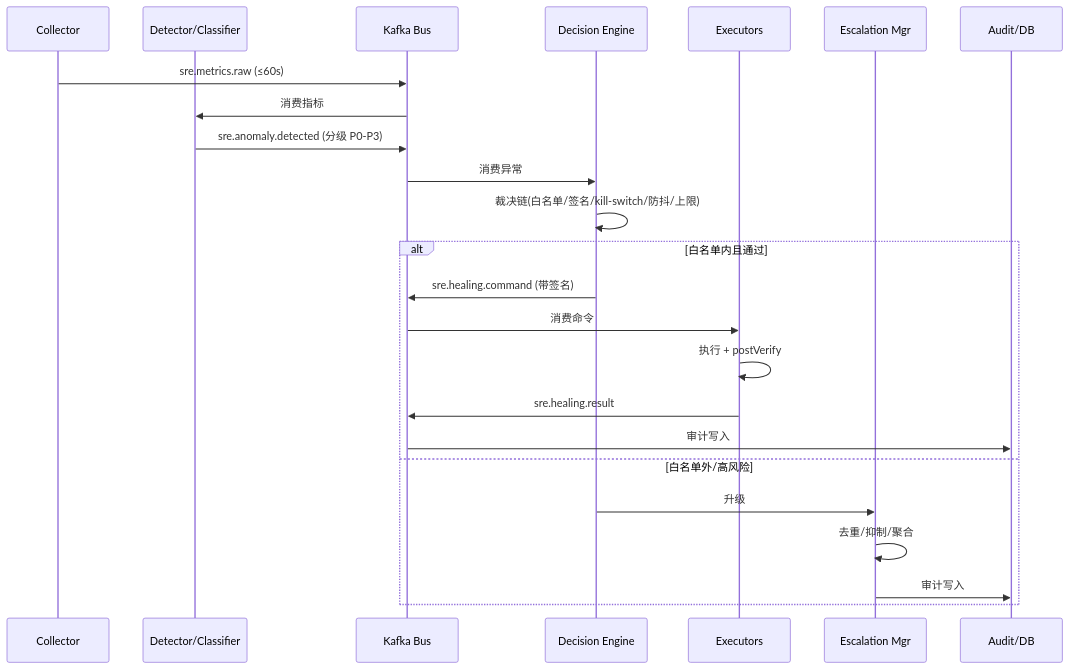
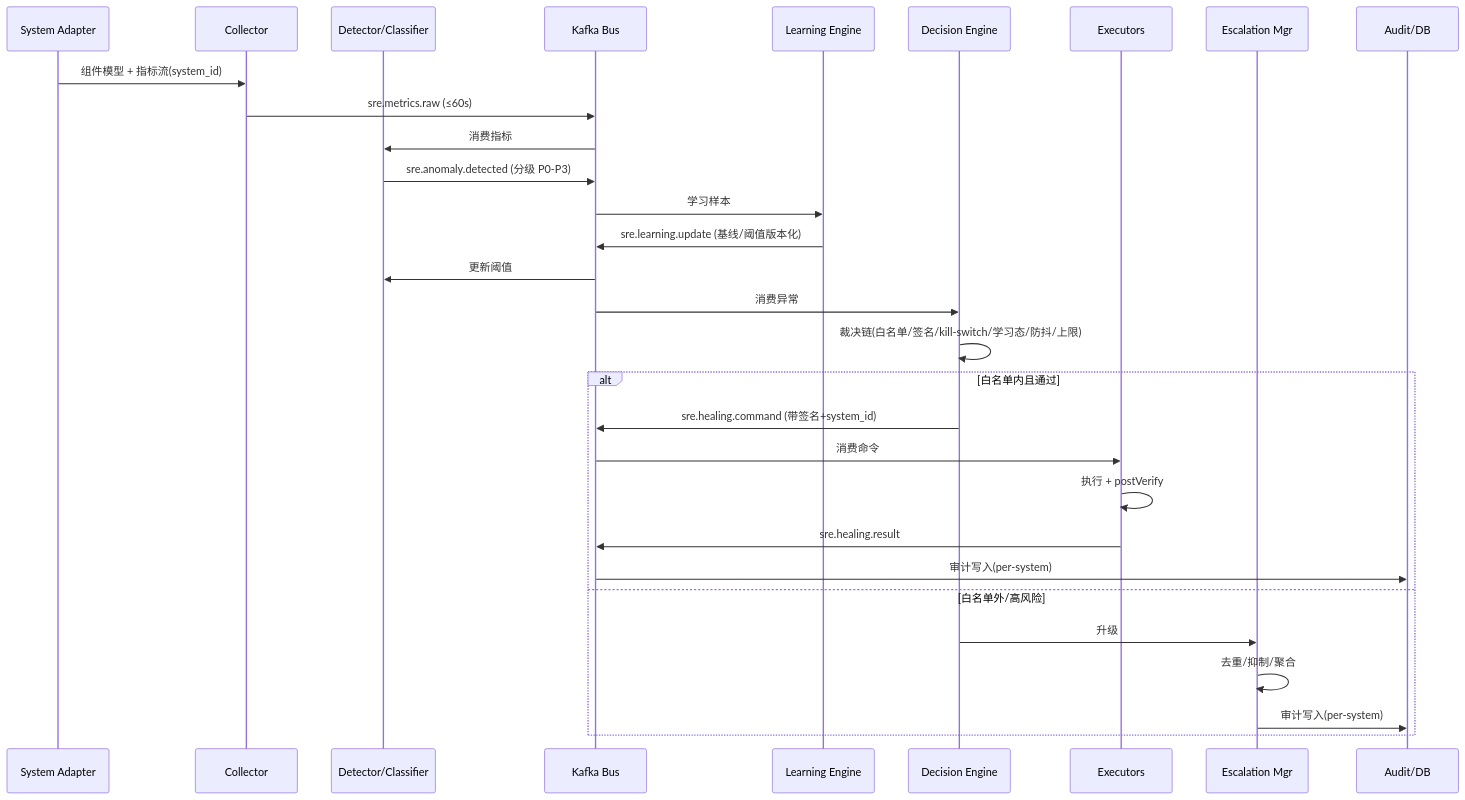
Before and after one commit to jchu-hk/school-admin-system: the fourth of 4 diagrams in docs/school-admin-system/DESIGN-AI-SRE.md, drawn with Mermaid. The commit also changed other lines of this file and 1 other file, not shown here.

Commit message:
docs(#370): AI SRE 需求 v0.3.1(可部署/可学习/多系统) + 架构 v0.2.0(通用可插拔)

````diff
--- a/docs/school-admin-system/DESIGN-AI-SRE.md
+++ b/docs/school-admin-system/DESIGN-AI-SRE.md
@@ -563,27 +835,33 @@
 ```mermaid
 sequenceDiagram
+    participant A as System Adapter
     participant C as Collector
     participant D as Detector/Classifier
     participant K as Kafka Bus
+    participant L as Learning Engine
     participant E as Decision Engine
     participant X as Executors
     participant ES as Escalation Mgr
-    participant A as Audit/DB
+    participant AU as Audit/DB
 
+    A->>C: 组件模型 + 指标流(system_id)
     C->>K: sre.metrics.raw (≤60s)
     K->>D: 消费指标
     D->>K: sre.anomaly.detected (分级 P0-P3)
+    K->>L: 学习样本
+    L->>K: sre.learning.update (基线/阈值版本化)
+    K->>D: 更新阈值
     K->>E: 消费异常
-    E->>E: 裁决链(白名单/签名/kill-switch/防抖/上限)
+    E->>E: 裁决链(白名单/签名/kill-switch/学习态/防抖/上限)
     alt 白名单内且通过
-        E->>K: sre.healing.command (带签名)
+        E->>K: sre.healing.command (带签名+system_id)
         K->>X: 消费命令
         X->>X: 执行 + postVerify
         X->>K: sre.healing.result
-        K->>A: 审计写入
+        K->>AU: 审计写入(per-system)
     else 白名单外/高风险
         E->>ES: 升级
         ES->>ES: 去重/抑制/聚合
-        ES->>A: 审计写入
+        ES->>AU: 审计写入(per-system)
     end
 ```
````
